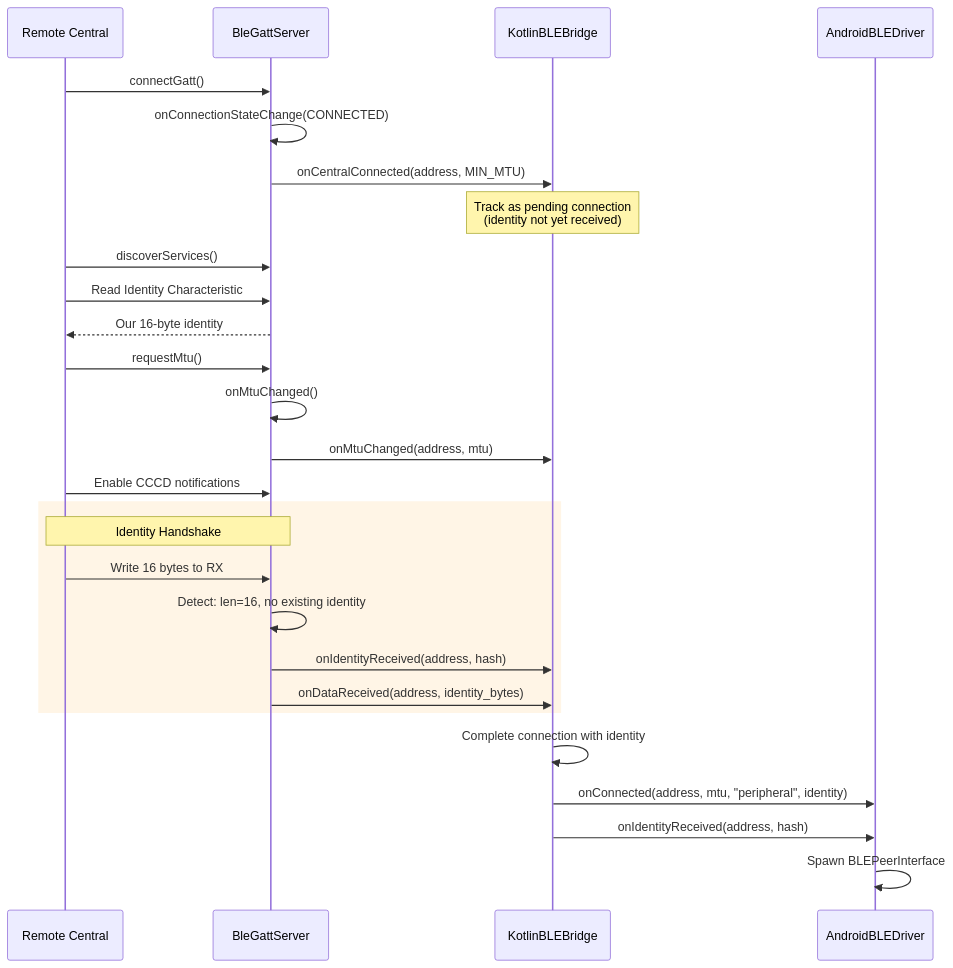
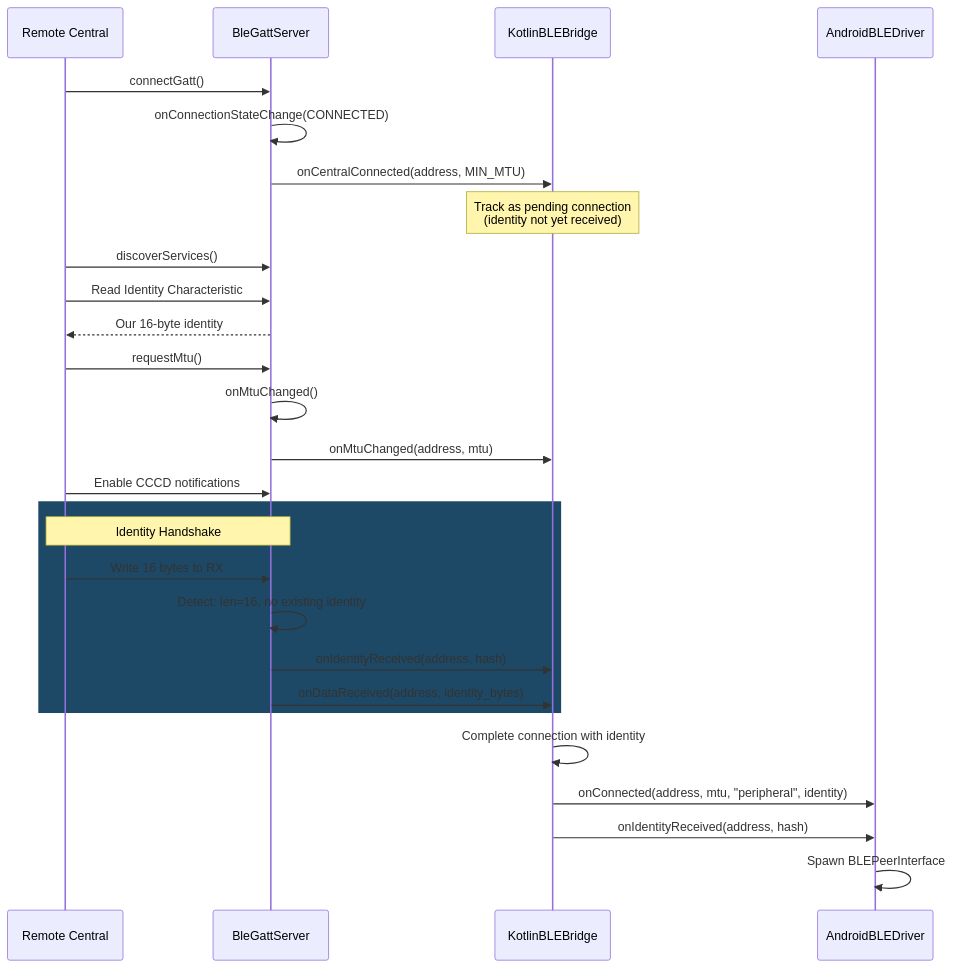
The fourth of 14 diagrams in docs/ble-architecture.md (torlando-tech/columba), drawn with Mermaid before and after one commit. The commit also changed other lines of this file, not shown here.

First line of the commit message:
docs: improve BLE architecture diagram layout

````diff
--- a/docs/ble-architecture.md
+++ b/docs/ble-architecture.md
@@ -166,35 +165,35 @@
 ```mermaid
 sequenceDiagram
     participant Central as Remote Central
     participant Server as BleGattServer
     participant Bridge as KotlinBLEBridge
     participant Python as AndroidBLEDriver
 
     Central->>Server: connectGatt()
     Server->>Server: onConnectionStateChange(CONNECTED)
     Server->>Bridge: onCentralConnected(address, MIN_MTU)
     Note over Bridge: Track as pending connection<br/>(identity not yet received)
 
     Central->>Server: discoverServices()
     Central->>Server: Read Identity Characteristic
     Server-->>Central: Our 16-byte identity
 
     Central->>Server: requestMtu()
     Server->>Server: onMtuChanged()
     Server->>Bridge: onMtuChanged(address, mtu)
 
     Central->>Server: Enable CCCD notifications
 
-    rect rgb(255, 245, 230)
+    rect rgb(30, 73, 102)
         Note over Central,Server: Identity Handshake
         Central->>Server: Write 16 bytes to RX
         Server->>Server: Detect: len=16, no existing identity
         Server->>Bridge: onIdentityReceived(address, hash)
         Server->>Bridge: onDataReceived(address, identity_bytes)
     end
 
     Bridge->>Bridge: Complete connection with identity
     Bridge->>Python: onConnected(address, mtu, "peripheral", identity)
     Bridge->>Python: onIdentityReceived(address, hash)
     Python->>Python: Spawn BLEPeerInterface
 ```
````
